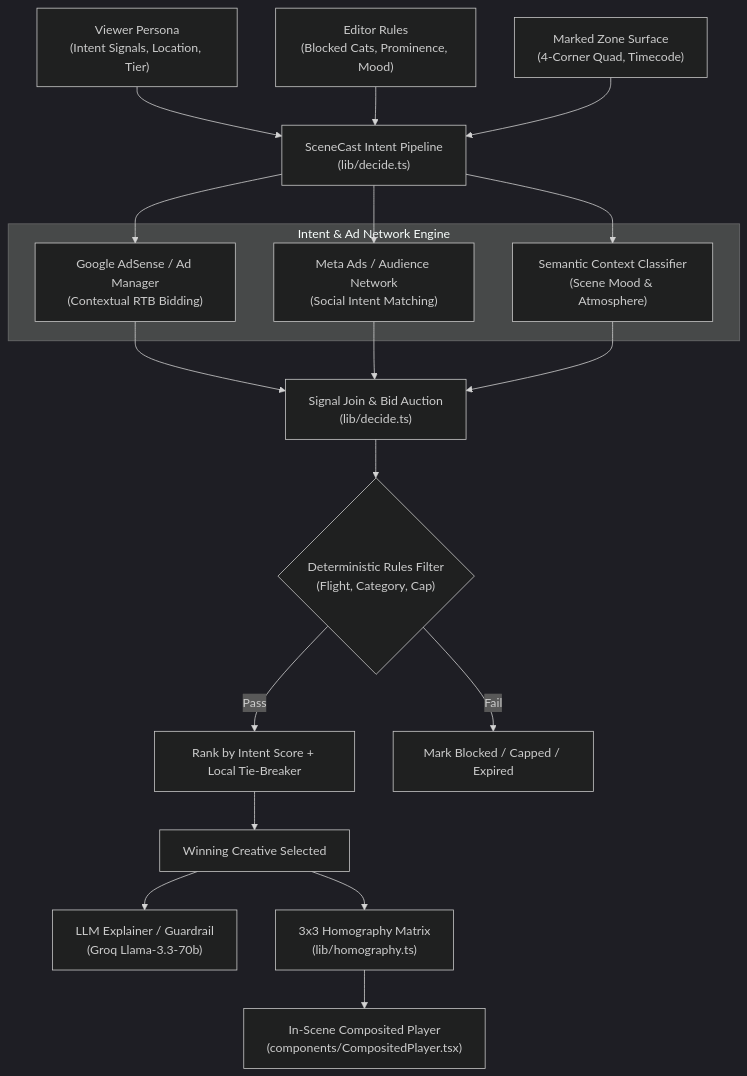
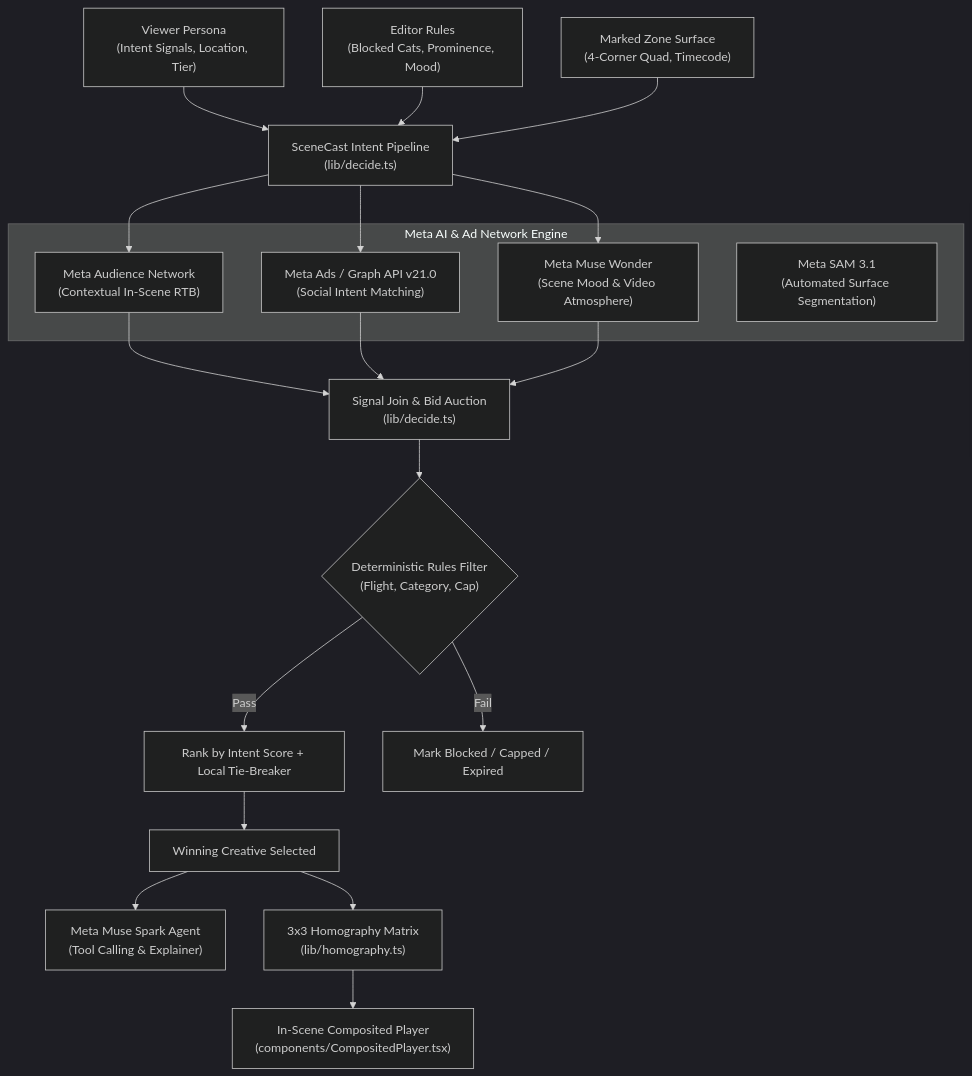
Before and after one commit to Nandanhs006/AdVision: the first of 2 diagrams in README.md, drawn with Mermaid (dark theme). The commit also changed other lines of this file and 167 other files, not shown here.

First line of the commit message:
feat(ai): Meta AI model family (Muse Spark, SAM 3.1, Muse Wonder) and motion studio

````diff
--- a/README.md
+++ b/README.md
@@ -28,29 +39,30 @@
 ```mermaid
 flowchart TD
     Viewer["Viewer Persona\n(Intent Signals, Location, Tier)"] --> Pipeline["SceneCast Intent Pipeline\n(lib/decide.ts)"]
     Editor["Editor Rules\n(Blocked Cats, Prominence, Mood)"] --> Pipeline
     Zone["Marked Zone Surface\n(4-Corner Quad, Timecode)"] --> Pipeline
 
-    subgraph AdNetworks ["Intent & Ad Network Engine"]
-        AdSense["Google AdSense / Ad Manager\n(Contextual RTB Bidding)"]
-        MetaAds["Meta Ads / Audience Network\n(Social Intent Matching)"]
-        ContextClassifier["Semantic Context Classifier\n(Scene Mood & Atmosphere)"]
+    subgraph MetaEcosystem ["Meta AI & Ad Network Engine"]
+        AudienceNet["Meta Audience Network\n(Contextual In-Scene RTB)"]
+        MetaAds["Meta Ads / Graph API v21.0\n(Social Intent Matching)"]
+        MuseWonder["Meta Muse Wonder\n(Scene Mood & Video Atmosphere)"]
+        SAM31["Meta SAM 3.1\n(Automated Surface Segmentation)"]
     end
 
-    Pipeline --> AdSense
+    Pipeline --> AudienceNet
     Pipeline --> MetaAds
-    Pipeline --> ContextClassifier
+    Pipeline --> MuseWonder
 
-    AdSense --> Join["Signal Join & Bid Auction\n(lib/decide.ts)"]
+    AudienceNet --> Join["Signal Join & Bid Auction\n(lib/decide.ts)"]
     MetaAds --> Join
-    ContextClassifier --> Join
+    MuseWonder --> Join
 
     Join --> DeterministicRules{"Deterministic Rules Filter\n(Flight, Category, Cap)"}
     DeterministicRules -->|Pass| Rank["Rank by Intent Score + Local Tie-Breaker"]
     DeterministicRules -->|Fail| Mark["Mark Blocked / Capped / Expired"]
 
     Rank --> Winner["Winning Creative Selected"]
-    Winner --> LLM["LLM Explainer / Guardrail\n(Groq Llama-3.3-70b)"]
+    Winner --> MuseSpark["Meta Muse Spark Agent\n(Tool Calling & Explainer)"]
     Winner --> Homography["3x3 Homography Matrix\n(lib/homography.ts)"]
     Homography --> Player["In-Scene Composited Player\n(components/CompositedPlayer.tsx)"]
 ```
````
